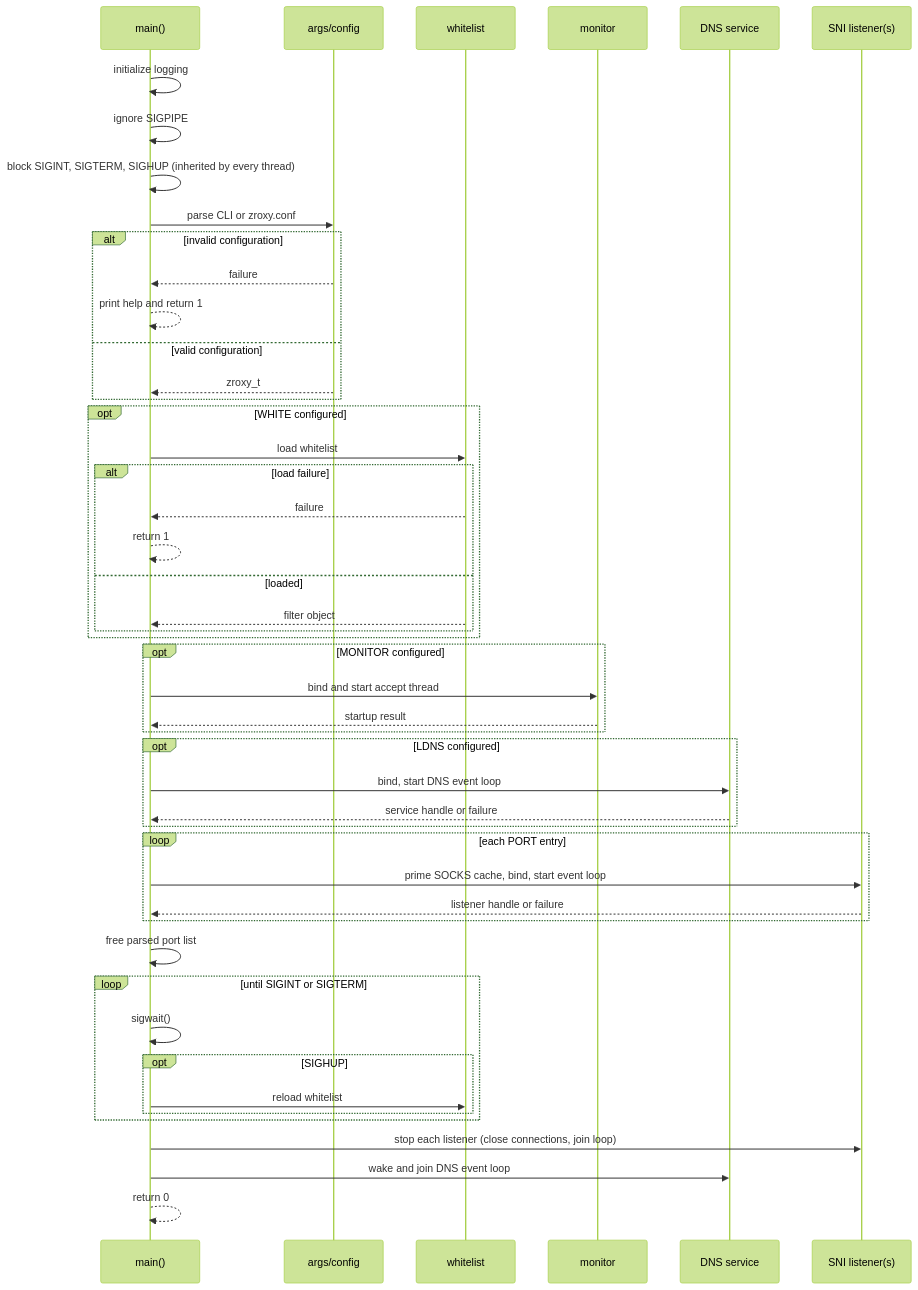
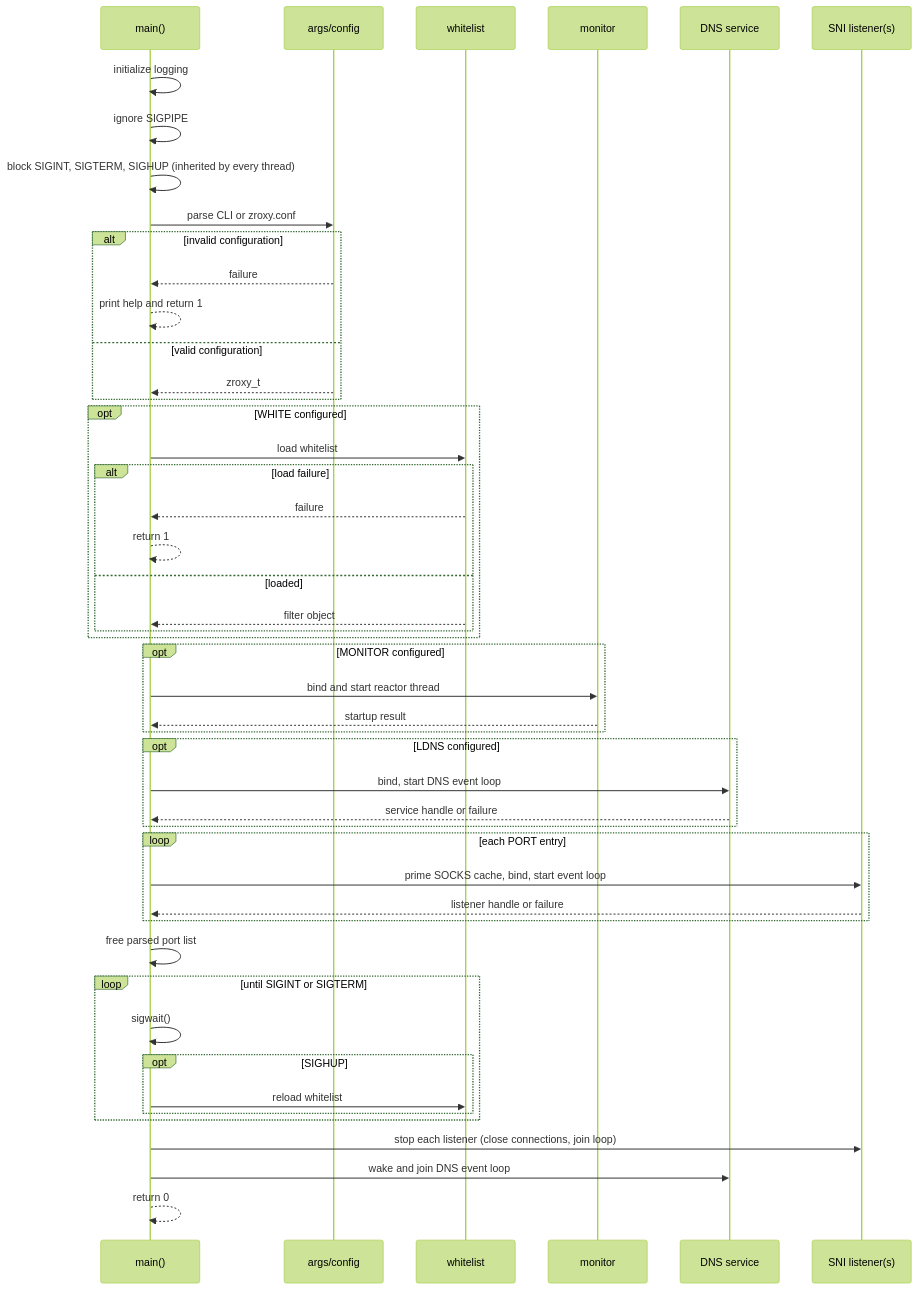
The second of 11 diagrams in ARCHITECTURE.md (0x7a657573/zroxy), drawn with Mermaid (forest theme) before and after one commit. The commit also changed other lines of this file and 2 other files, not shown here.

Commit message:
docs: describe the single-thread monitor

````diff
--- a/ARCHITECTURE.md
+++ b/ARCHITECTURE.md
@@ -164,57 +164,57 @@
 ```mermaid
 sequenceDiagram
     participant M as main()
     participant A as args/config
     participant F as whitelist
     participant Mo as monitor
     participant D as DNS service
     participant S as SNI listener(s)
 
     M->>M: initialize logging
     M->>M: ignore SIGPIPE
     M->>M: block SIGINT, SIGTERM, SIGHUP (inherited by every thread)
     M->>A: parse CLI or zroxy.conf
     alt invalid configuration
         A-->>M: failure
         M-->>M: print help and return 1
     else valid configuration
         A-->>M: zroxy_t
     end
 
     opt WHITE configured
         M->>F: load whitelist
         alt load failure
             F-->>M: failure
             M-->>M: return 1
         else loaded
             F-->>M: filter object
         end
     end
 
     opt MONITOR configured
-        M->>Mo: bind and start accept thread
+        M->>Mo: bind and start reactor thread
         Mo-->>M: startup result
     end
 
     opt LDNS configured
         M->>D: bind, start DNS event loop
         D-->>M: service handle or failure
     end
 
     loop each PORT entry
         M->>S: prime SOCKS cache, bind, start event loop
         S-->>M: listener handle or failure
     end
 
     M->>M: free parsed port list
     loop until SIGINT or SIGTERM
         M->>M: sigwait()
         opt SIGHUP
             M->>F: reload whitelist
         end
     end
 
     M->>S: stop each listener (close connections, join loop)
     M->>D: wake and join DNS event loop
     M-->>M: return 0
 ```
````
